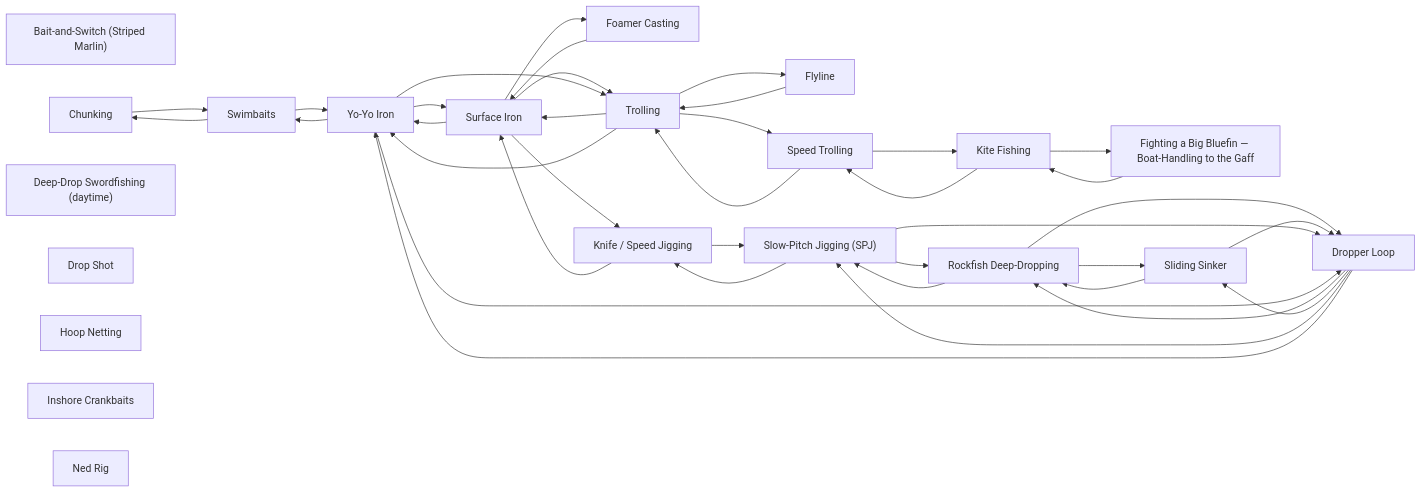
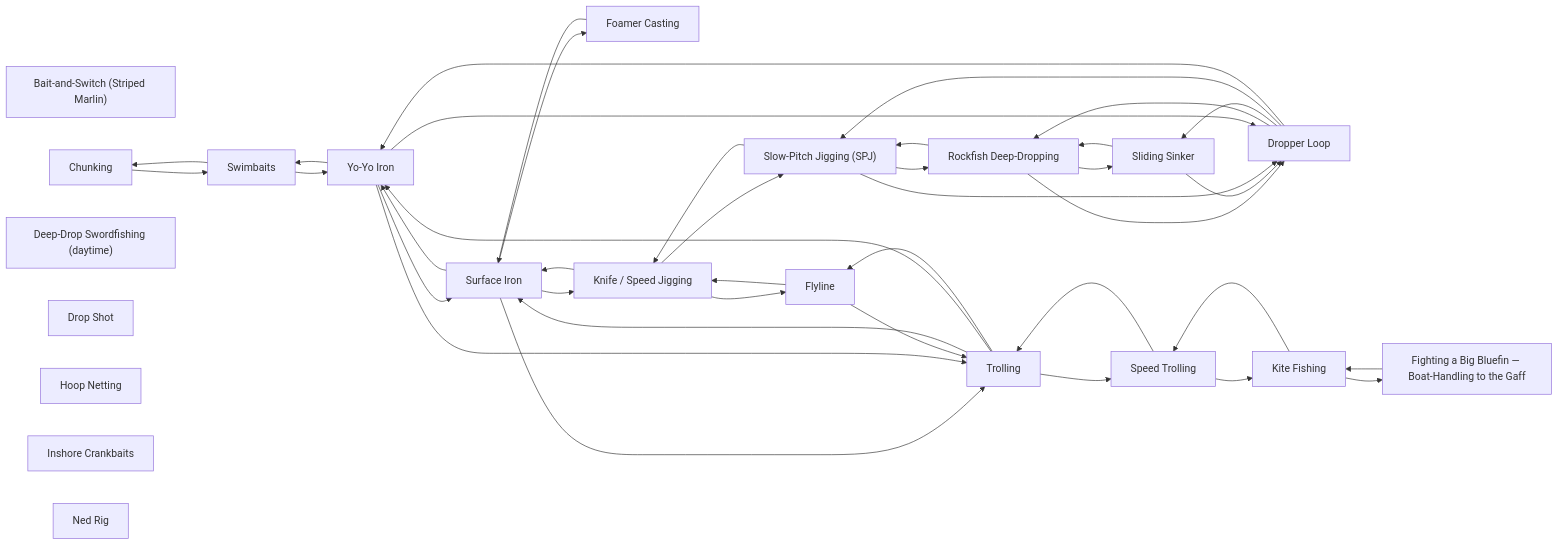
Before and after one commit to camchuckpete-max/Socal-Fishing-Knowledge: the diagram in techniques/README.md, drawn with Mermaid. The commit also changed 3 other files, not shown here.

````diff
--- a/techniques/README.md
+++ b/techniques/README.md
@@ -34,60 +34,62 @@
 ```mermaid
 graph LR
   n0["Bait-and-Switch (Striped Marlin)"]
   n1["Chunking"]
   n2["Deep-Drop Swordfishing (daytime)"]
   n3["Drop Shot"]
   n4["Dropper Loop"]
   n5["Fighting a Big Bluefin — Boat-Handling to the Gaff"]
   n6["Flyline"]
   n7["Foamer Casting"]
   n8["Hoop Netting"]
   n9["Inshore Crankbaits"]
   n10["Kite Fishing"]
   n11["Knife / Speed Jigging"]
   n12["Ned Rig"]
   n13["Rockfish Deep-Dropping"]
   n14["Sliding Sinker"]
   n15["Slow-Pitch Jigging (SPJ)"]
   n16["Speed Trolling"]
   n17["Surface Iron"]
   n18["Swimbaits"]
   n19["Trolling"]
   n20["Yo-Yo Iron"]
   n1 --> n18
   n10 --> n16
   n10 --> n5
   n11 --> n15
   n11 --> n17
+  n11 --> n6
   n13 --> n14
   n13 --> n15
   n13 --> n4
   n14 --> n13
   n14 --> n4
   n15 --> n11
   n15 --> n13
   n15 --> n4
   n16 --> n10
   n16 --> n19
   n17 --> n11
   n17 --> n19
   n17 --> n20
   n17 --> n7
   n18 --> n1
   n18 --> n20
   n19 --> n16
   n19 --> n17
   n19 --> n20
   n19 --> n6
   n20 --> n17
   n20 --> n18
   n20 --> n19
   n20 --> n4
   n4 --> n13
   n4 --> n14
   n4 --> n15
   n4 --> n20
   n5 --> n10
+  n6 --> n11
   n6 --> n19
   n7 --> n17
 ```
````
